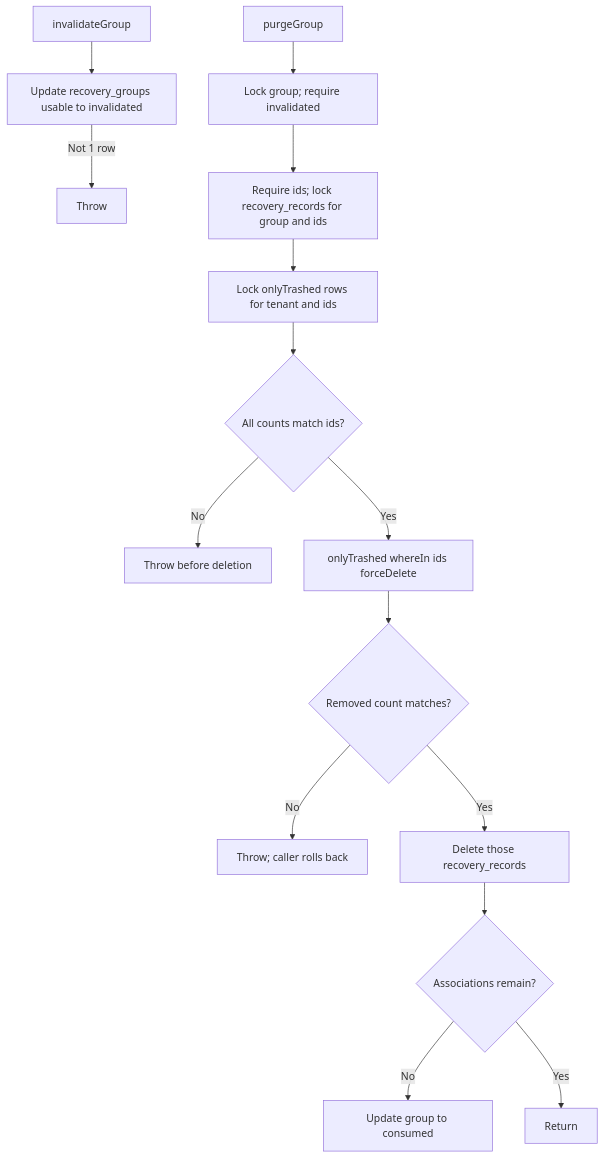
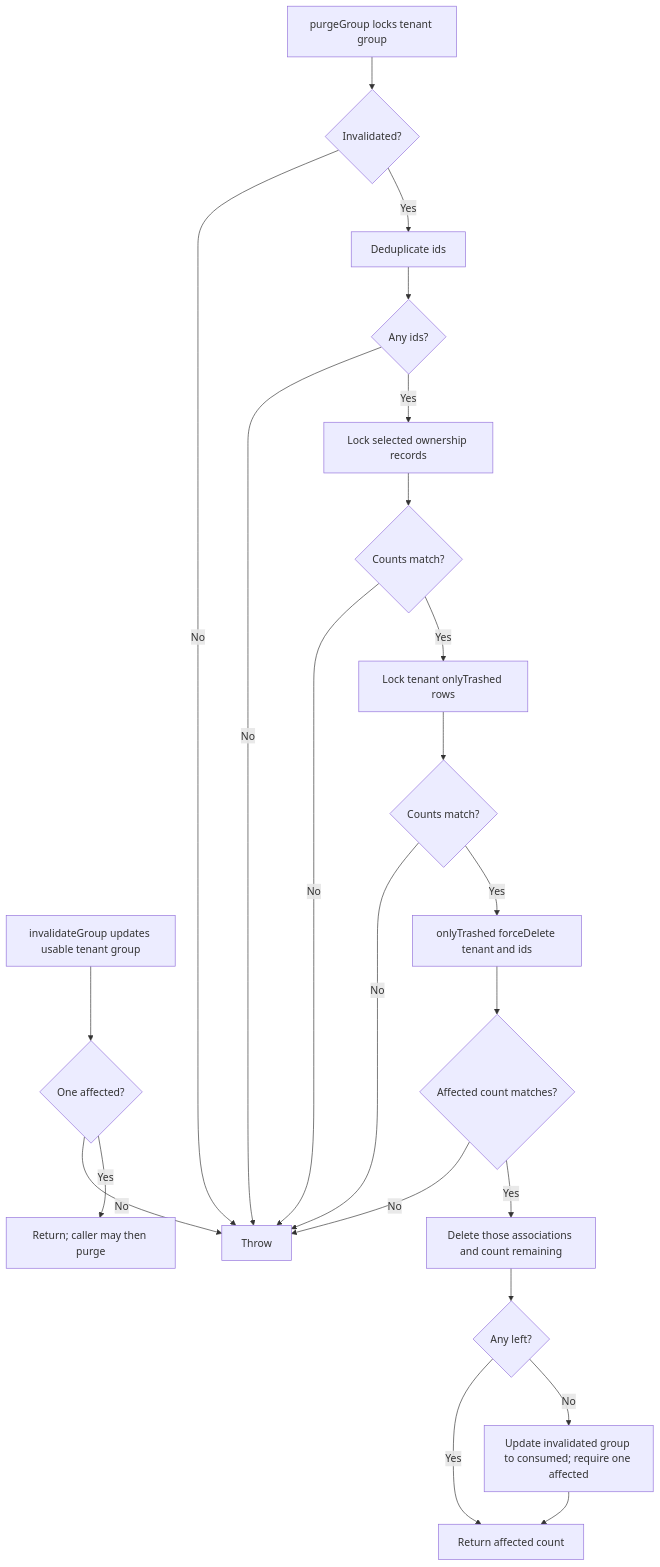
Before and after one commit to Kevinjohn/oss-adonisjs-lucid-soft-delete: the second of 2 diagrams in user-stories/example-apps/us-demo-07-purge-recovery-group.md, drawn with Mermaid. The commit also changed other lines of this file and 26 other files, not shown here.

````diff
--- a/user-stories/example-apps/us-demo-07-purge-recovery-group.md
+++ b/user-stories/example-apps/us-demo-07-purge-recovery-group.md
@@ -40,17 +38,19 @@
 ```mermaid
 flowchart TD
-    A["invalidateGroup"] --> B["Update recovery_groups usable to invalidated"]
-    B -->|Not 1 row| C["Throw"]
-    D["purgeGroup"] --> E["Lock group; require invalidated"]
-    E --> F["Require ids; lock recovery_records for group and ids"]
-    F --> G["Lock onlyTrashed rows for tenant and ids"]
-    G --> H{"All counts match ids?"}
-    H -->|No| I["Throw before deletion"]
-    H -->|Yes| J["onlyTrashed whereIn ids forceDelete"]
-    J --> K{"Removed count matches?"}
-    K -->|No| L["Throw; caller rolls back"]
-    K -->|Yes| M["Delete those recovery_records"]
-    M --> N{"Associations remain?"}
-    N -->|No| O["Update group to consumed"]
-    N -->|Yes| P["Return"]
+    A["invalidateGroup updates usable tenant group"] --> B{"One affected?"}
+    B -->|No| C["Throw"]
+    B -->|Yes| D["Return; caller may then purge"]
+    E["purgeGroup locks tenant group"] --> F{"Invalidated?"}
+    F -->|No| C
+    F -->|Yes| G["Deduplicate ids"] --> H{"Any ids?"}
+    H -->|No| C
+    H -->|Yes| I["Lock selected ownership records"] --> J{"Counts match?"}
+    J -->|No| C
+    J -->|Yes| K["Lock tenant onlyTrashed rows"] --> L{"Counts match?"}
+    L -->|No| C
+    L -->|Yes| M["onlyTrashed forceDelete tenant and ids"] --> N{"Affected count matches?"}
+    N -->|No| C
+    N -->|Yes| O["Delete those associations and count remaining"] --> P{"Any left?"}
+    P -->|Yes| Q["Return affected count"]
+    P -->|No| R["Update invalidated group to consumed; require one affected"] --> Q
 ```
````
